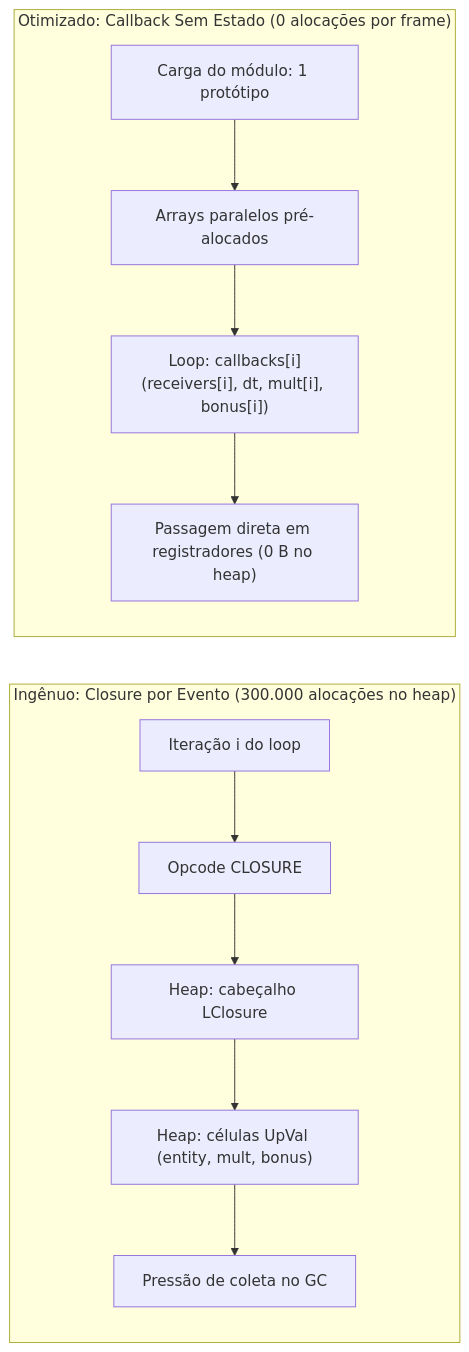
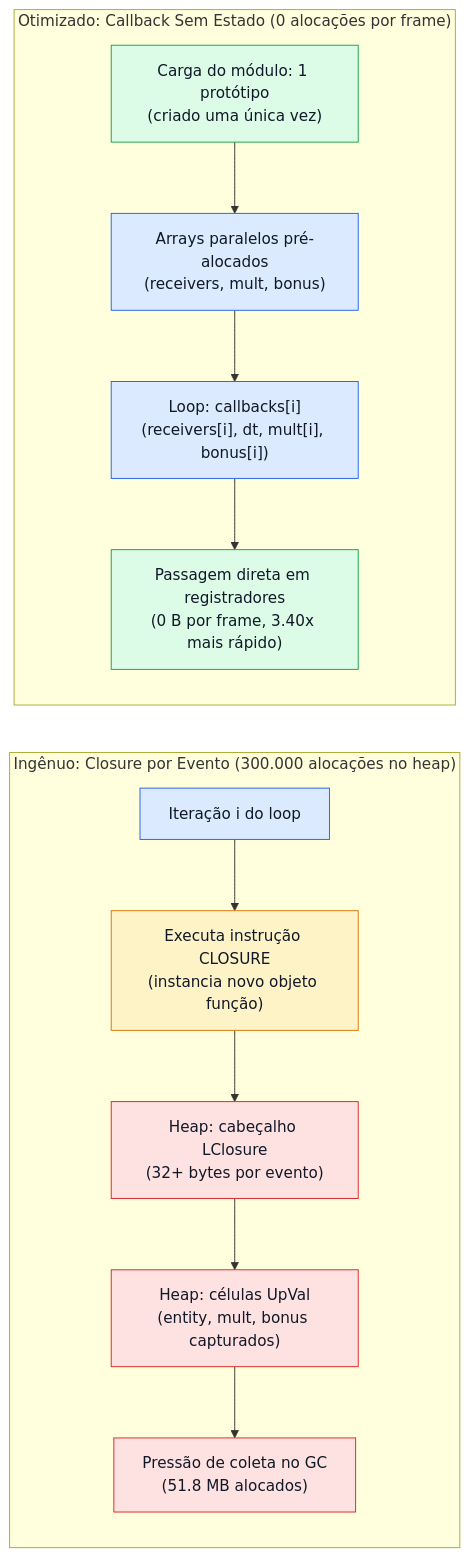
The diagram in lessons/ClosureReuse/Tutorial/pt-br.md (LevyArsOS/lua-lessons), drawn with Mermaid before and after one commit. The commit also changed other lines of this file and 5 other files, not shown here.

First line of the commit message:
docs(tutorials): upgrade ArrayVsHash, ClosureReuse, and LocalsVsGlobals diagrams

````diff
--- a/lessons/ClosureReuse/Tutorial/pt-br.md
+++ b/lessons/ClosureReuse/Tutorial/pt-br.md
@@ -37,15 +37,20 @@
 ```mermaid
 flowchart LR
+    classDef slow fill:#fee2e2,stroke:#dc2626,color:#111827
+    classDef fast fill:#dcfce7,stroke:#16a34a,color:#111827
+    classDef vm fill:#dbeafe,stroke:#2563eb,color:#111827
+    classDef warn fill:#fef3c7,stroke:#d97706,color:#111827
+
     subgraph Naive["Ingênuo: Closure por Evento (300.000 alocações no heap)"]
-        N1["Iteração i do loop"] --> N2["Opcode CLOSURE"]
-        N2 --> N3["Heap: cabeçalho LClosure"]
-        N3 --> N4["Heap: células UpVal (entity, mult, bonus)"]
-        N4 --> N5["Pressão de coleta no GC"]
+        N1["Iteração i do loop"]:::vm --> N2["Executa instrução CLOSURE<br/>(instancia novo objeto função)"]:::warn
+        N2 --> N3["Heap: cabeçalho LClosure<br/>(32+ bytes por evento)"]:::slow
+        N3 --> N4["Heap: células UpVal<br/>(entity, mult, bonus capturados)"]:::slow
+        N4 --> N5["Pressão de coleta no GC<br/>(51.8 MB alocados)"]:::slow
     end
 
     subgraph Optimized["Otimizado: Callback Sem Estado (0 alocações por frame)"]
-        O1["Carga do módulo: 1 protótipo"] --> O2["Arrays paralelos pré-alocados"]
-        O2 --> O3["Loop: callbacks[i](receivers[i], dt, mult[i], bonus[i])"]
-        O3 --> O4["Passagem direta em registradores (0 B no heap)"]
+        O1["Carga do módulo: 1 protótipo<br/>(criado uma única vez)"]:::fast --> O2["Arrays paralelos pré-alocados<br/>(receivers, mult, bonus)"]:::vm
+        O2 --> O3["Loop: callbacks[i](receivers[i], dt, mult[i], bonus[i])"]:::vm
+        O3 --> O4["Passagem direta em registradores<br/>(0 B por frame, 3.40x mais rápido)"]:::fast
     end
 ```
````
